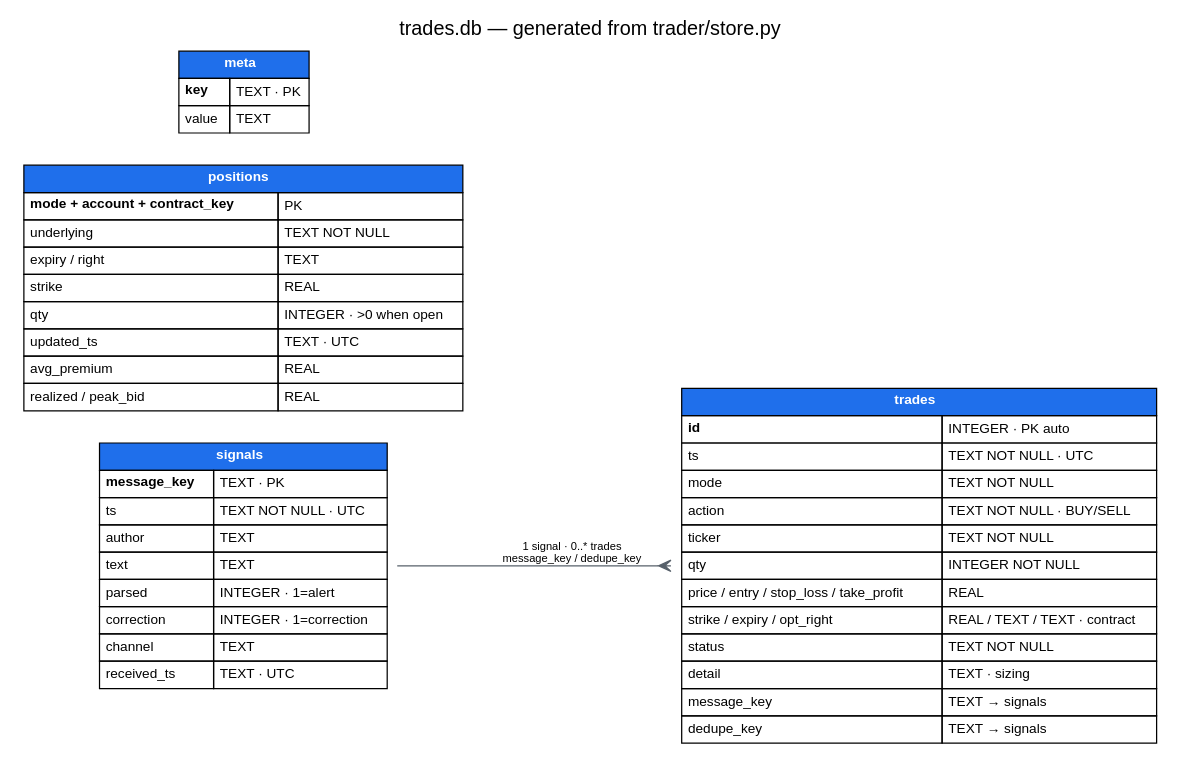
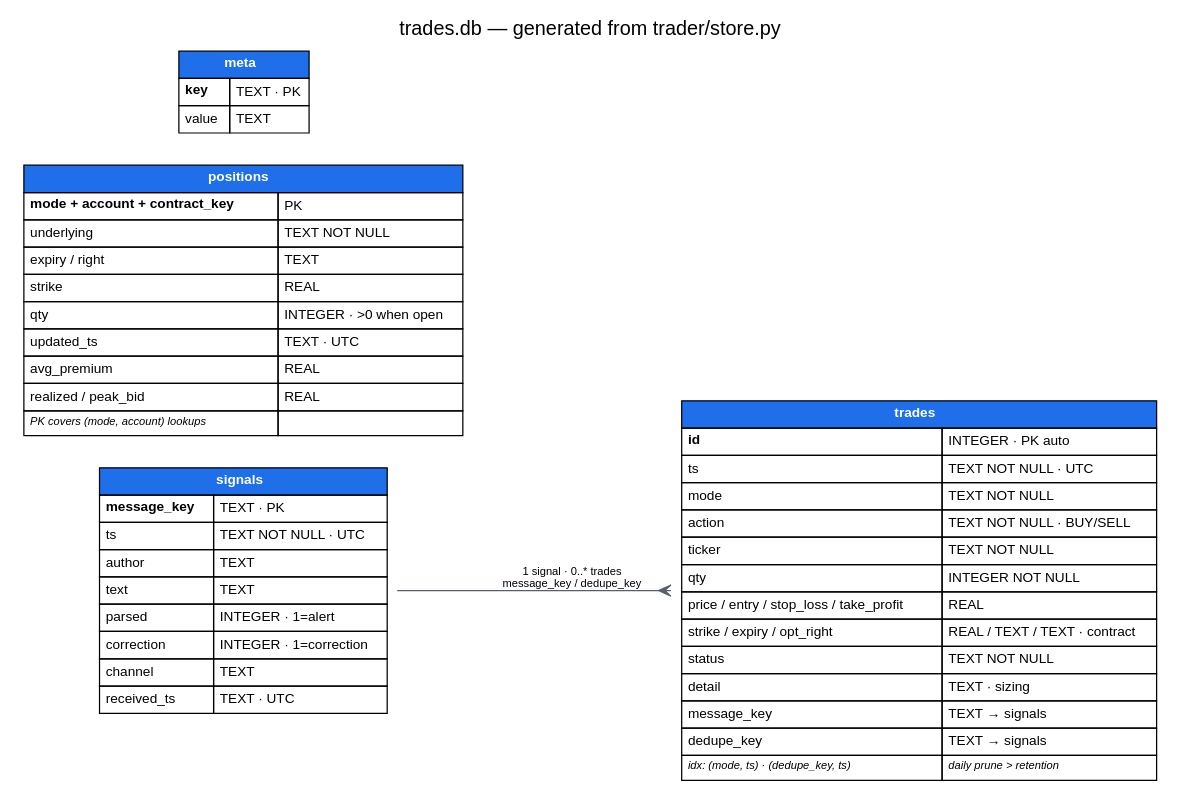
One commit to siicosmos/ws-trade-bot changed the diagram in docs/db_schema.dot. Above: the diagram before and after it, drawn with Graphviz. The commit also changed 2 other files, not shown here.

Commit message:
Schema diagram: index and retention annotations

```diff
--- a/docs/db_schema.dot
+++ b/docs/db_schema.dot
@@ -1,61 +1,63 @@
 // ws-trade-bot trades.db schema - render with:
 //   dot -Tpng -o docs/db_schema.png docs/db_schema.dot
 digraph db_schema {
   rankdir=LR;
   graph [fontname="Helvetica", label="trades.db — generated from trader/store.py", labelloc=t, fontsize=16];
   node [shape=plaintext, fontname="Helvetica", fontsize=11];
   edge [color="#57606a", fontname="Helvetica", fontsize=9];
 
   signals [label=<
     <TABLE BORDER="0" CELLBORDER="1" CELLSPACING="0" CELLPADDING="4" BGCOLOR="white">
       <TR><TD BGCOLOR="#1f6feb" COLSPAN="2"><FONT COLOR="white"><B>signals</B></FONT></TD></TR>
       <TR><TD ALIGN="LEFT"><B>message_key</B></TD><TD ALIGN="LEFT">TEXT · PK</TD></TR>
       <TR><TD ALIGN="LEFT">ts</TD><TD ALIGN="LEFT">TEXT NOT NULL · UTC</TD></TR>
       <TR><TD ALIGN="LEFT">author</TD><TD ALIGN="LEFT">TEXT</TD></TR>
       <TR><TD ALIGN="LEFT">text</TD><TD ALIGN="LEFT">TEXT</TD></TR>
       <TR><TD ALIGN="LEFT">parsed</TD><TD ALIGN="LEFT">INTEGER · 1=alert</TD></TR>
       <TR><TD ALIGN="LEFT">correction</TD><TD ALIGN="LEFT">INTEGER · 1=correction</TD></TR>
       <TR><TD ALIGN="LEFT">channel</TD><TD ALIGN="LEFT">TEXT</TD></TR>
       <TR><TD ALIGN="LEFT">received_ts</TD><TD ALIGN="LEFT">TEXT · UTC</TD></TR>
     </TABLE>>];
 
   trades [label=<
     <TABLE BORDER="0" CELLBORDER="1" CELLSPACING="0" CELLPADDING="4" BGCOLOR="white">
       <TR><TD BGCOLOR="#1f6feb" COLSPAN="2"><FONT COLOR="white"><B>trades</B></FONT></TD></TR>
       <TR><TD ALIGN="LEFT"><B>id</B></TD><TD ALIGN="LEFT">INTEGER · PK auto</TD></TR>
       <TR><TD ALIGN="LEFT">ts</TD><TD ALIGN="LEFT">TEXT NOT NULL · UTC</TD></TR>
       <TR><TD ALIGN="LEFT">mode</TD><TD ALIGN="LEFT">TEXT NOT NULL</TD></TR>
       <TR><TD ALIGN="LEFT">action</TD><TD ALIGN="LEFT">TEXT NOT NULL · BUY/SELL</TD></TR>
       <TR><TD ALIGN="LEFT">ticker</TD><TD ALIGN="LEFT">TEXT NOT NULL</TD></TR>
       <TR><TD ALIGN="LEFT">qty</TD><TD ALIGN="LEFT">INTEGER NOT NULL</TD></TR>
       <TR><TD ALIGN="LEFT">price / entry / stop_loss / take_profit</TD><TD ALIGN="LEFT">REAL</TD></TR>
       <TR><TD ALIGN="LEFT">strike / expiry / opt_right</TD><TD ALIGN="LEFT">REAL / TEXT / TEXT · contract</TD></TR>
       <TR><TD ALIGN="LEFT">status</TD><TD ALIGN="LEFT">TEXT NOT NULL</TD></TR>
       <TR><TD ALIGN="LEFT">detail</TD><TD ALIGN="LEFT">TEXT · sizing</TD></TR>
       <TR><TD ALIGN="LEFT">message_key</TD><TD ALIGN="LEFT">TEXT → signals</TD></TR>
       <TR><TD ALIGN="LEFT">dedupe_key</TD><TD ALIGN="LEFT">TEXT → signals</TD></TR>
+      <TR><TD ALIGN="LEFT"><FONT POINT-SIZE="9"><I>idx: (mode, ts) · (dedupe_key, ts)</I></FONT></TD><TD ALIGN="LEFT"><FONT POINT-SIZE="9"><I>daily prune &gt; retention</I></FONT></TD></TR>
     </TABLE>>];
 
   positions [label=<
     <TABLE BORDER="0" CELLBORDER="1" CELLSPACING="0" CELLPADDING="4" BGCOLOR="white">
       <TR><TD BGCOLOR="#1f6feb" COLSPAN="2"><FONT COLOR="white"><B>positions</B></FONT></TD></TR>
       <TR><TD ALIGN="LEFT"><B>mode + account + contract_key</B></TD><TD ALIGN="LEFT">PK</TD></TR>
       <TR><TD ALIGN="LEFT">underlying</TD><TD ALIGN="LEFT">TEXT NOT NULL</TD></TR>
       <TR><TD ALIGN="LEFT">expiry / right</TD><TD ALIGN="LEFT">TEXT</TD></TR>
       <TR><TD ALIGN="LEFT">strike</TD><TD ALIGN="LEFT">REAL</TD></TR>
       <TR><TD ALIGN="LEFT">qty</TD><TD ALIGN="LEFT">INTEGER · &gt;0 when open</TD></TR>
       <TR><TD ALIGN="LEFT">updated_ts</TD><TD ALIGN="LEFT">TEXT · UTC</TD></TR>
       <TR><TD ALIGN="LEFT">avg_premium</TD><TD ALIGN="LEFT">REAL</TD></TR>
       <TR><TD ALIGN="LEFT">realized / peak_bid</TD><TD ALIGN="LEFT">REAL</TD></TR>
+      <TR><TD ALIGN="LEFT"><FONT POINT-SIZE="9"><I>PK covers (mode, account) lookups</I></FONT></TD><TD ALIGN="LEFT"></TD></TR>
     </TABLE>>];
 
   meta [label=<
     <TABLE BORDER="0" CELLBORDER="1" CELLSPACING="0" CELLPADDING="4" BGCOLOR="white">
       <TR><TD BGCOLOR="#1f6feb" COLSPAN="2"><FONT COLOR="white"><B>meta</B></FONT></TD></TR>
       <TR><TD ALIGN="LEFT"><B>key</B></TD><TD ALIGN="LEFT">TEXT · PK</TD></TR>
       <TR><TD ALIGN="LEFT">value</TD><TD ALIGN="LEFT">TEXT</TD></TR>
     </TABLE>>];
 
   signals -> trades [arrowhead=crow, arrowtail=none, dir=both,
     label="1 signal · 0..* trades\nmessage_key / dedupe_key"];
 }
```
